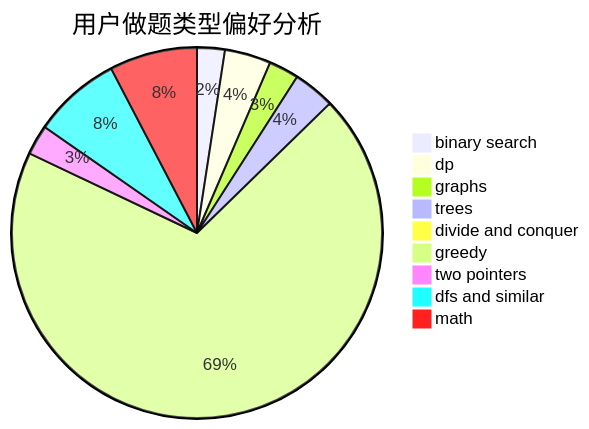
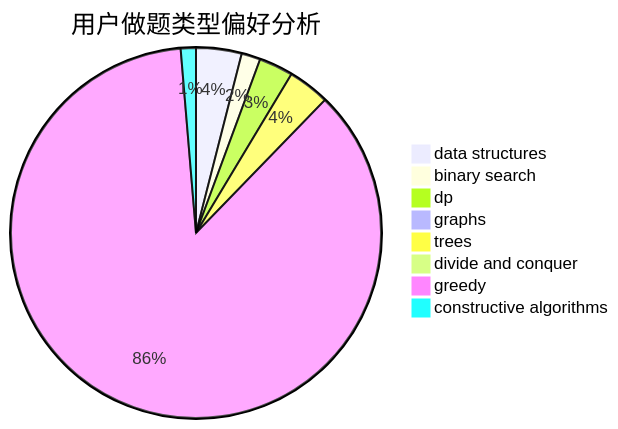
The second of 3 diagrams in docs/user/u1453.md (sherpahu/cfrs.github.io), drawn with Mermaid before and after one commit. The commit also changed other lines of this file and 2775 other files, not shown here.

````diff
--- a/docs/user/u1453.md
+++ b/docs/user/u1453.md
@@ -23,12 +23,11 @@
 ```mermaid
 pie title 用户做题类型偏好分析
-    "binary search" :  12
-    "dp" :  20
-    "graphs" :  13
-    "trees" :  18
+    "data structures" :  12
+    "binary search" :  5
+    "dp" :  9
+    "graphs" :  2
+    "trees" :  11
     "divide and conquer" :  1
-    "greedy" :  344
-    "two pointers" :  13
-    "dfs and similar" :  38
-    "math" :  38
+    "greedy" :  261
+    "constructive algorithms" :  4
 ```
````
